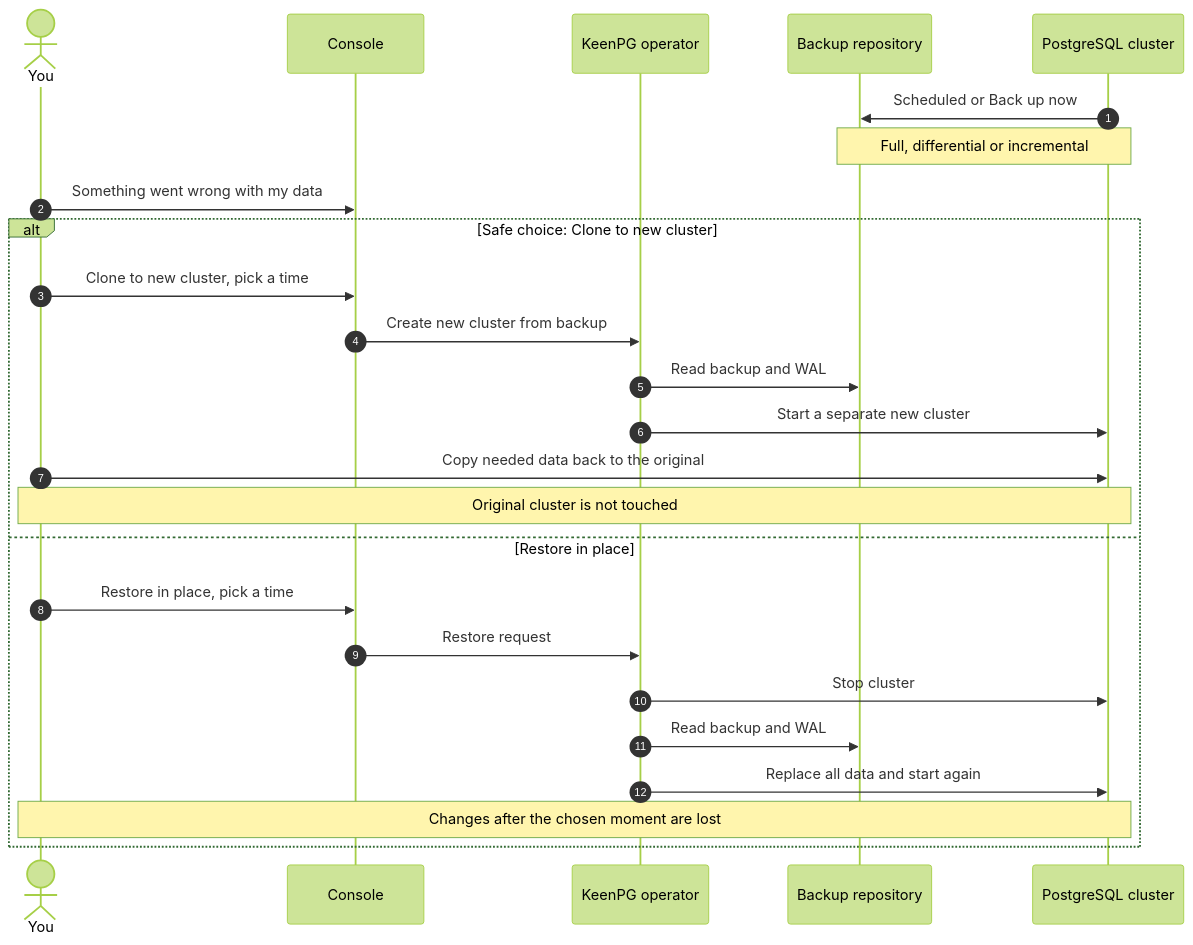
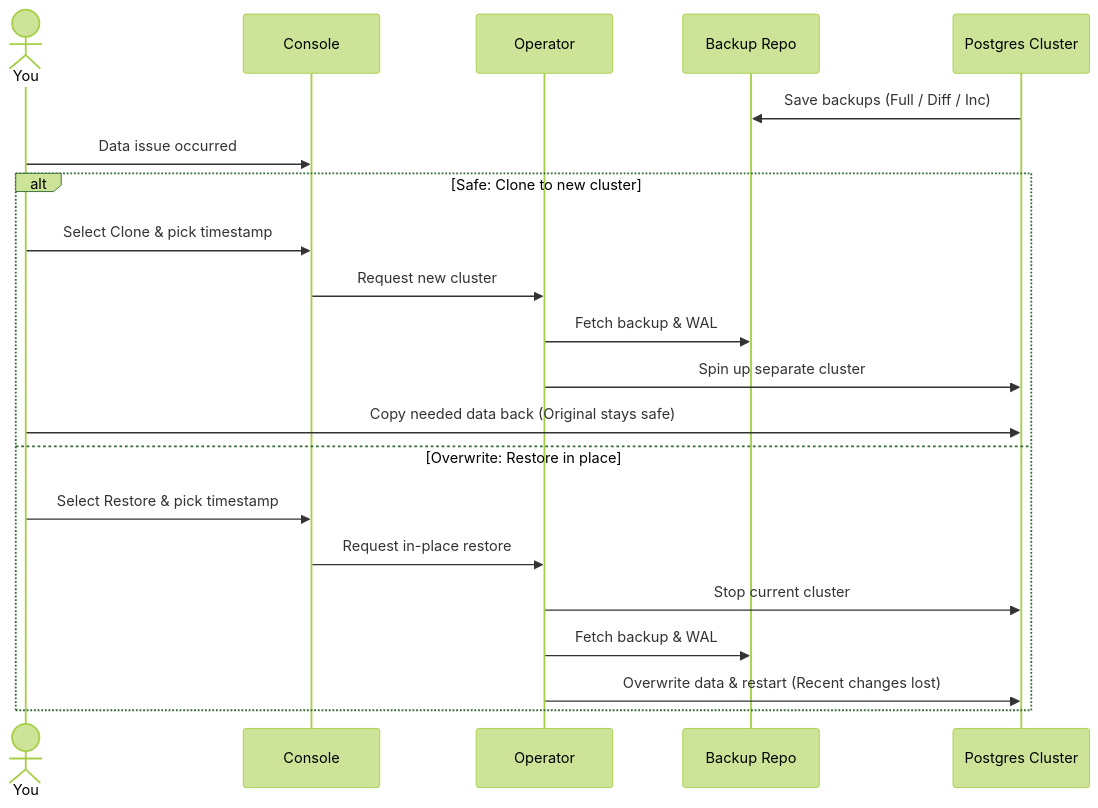
The third of 3 diagrams in console.md (rabhinav0906/Readme-changes), drawn with Mermaid (forest theme) before and after one commit. The commit also changed other lines of this file, not shown here.

````diff
--- a/console.md
+++ b/console.md
@@ -1037,28 +1033,25 @@
 ```mermaid
 sequenceDiagram
-    autonumber
     actor U as You
     participant C as Console
-    participant O as KeenPG operator
-    participant R as Backup repository
-    participant P as PostgreSQL cluster
+    participant O as Operator
+    participant R as Backup Repo
+    participant P as Postgres Cluster
 
-    P->>R: Scheduled or Back up now
-    Note over P,R: Full, differential or incremental
-    U->>C: Something went wrong with my data
-    alt Safe choice: Clone to new cluster
-        U->>C: Clone to new cluster, pick a time
-        C->>O: Create new cluster from backup
-        O->>R: Read backup and WAL
-        O->>P: Start a separate new cluster
-        U->>P: Copy needed data back to the original
-        Note over U,P: Original cluster is not touched
-    else Restore in place
-        U->>C: Restore in place, pick a time
-        C->>O: Restore request
-        O->>P: Stop cluster
-        O->>R: Read backup and WAL
-        O->>P: Replace all data and start again
-        Note over U,P: Changes after the chosen moment are lost
+    P->>R: Save backups (Full / Diff / Inc)
+    U->>C: Data issue occurred
+
+    alt Safe: Clone to new cluster
+        U->>C: Select Clone & pick timestamp
+        C->>O: Request new cluster
+        O->>R: Fetch backup & WAL
+        O->>P: Spin up separate cluster
+        U->>P: Copy needed data back (Original stays safe)
+    else Overwrite: Restore in place
+        U->>C: Select Restore & pick timestamp
+        C->>O: Request in-place restore
+        O->>P: Stop current cluster
+        O->>R: Fetch backup & WAL
+        O->>P: Overwrite data & restart (Recent changes lost)
     end
 ```
````
